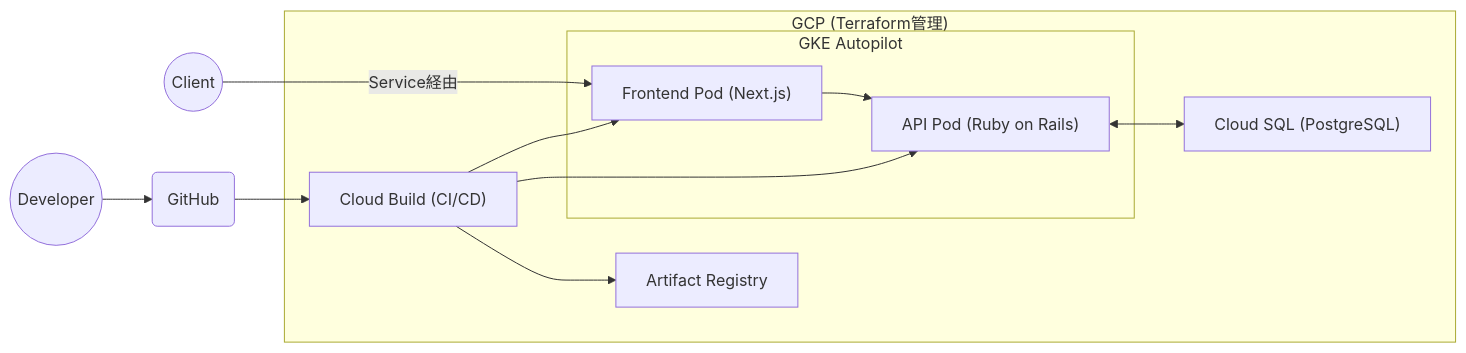
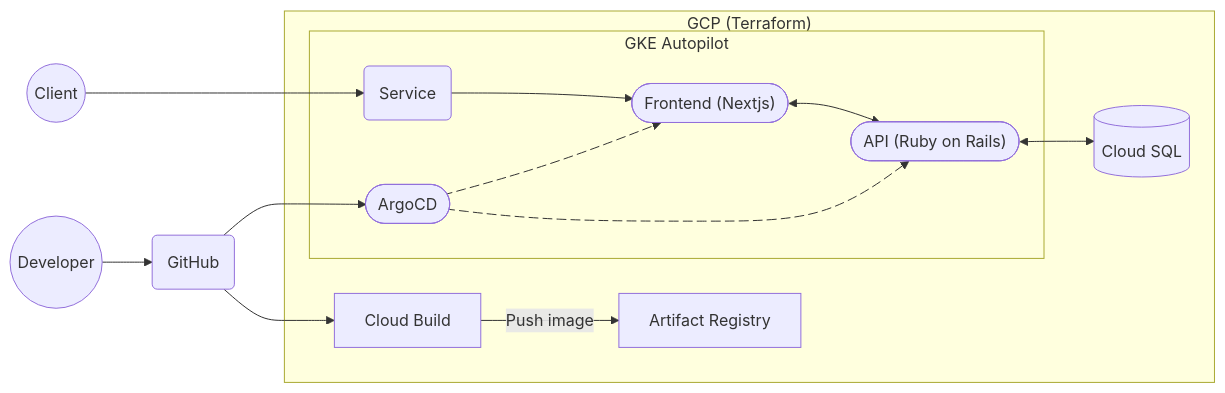
One commit to matao0214/k8s-memo-app changed the first of 2 diagrams in README.md. Above: the diagram before and after it, drawn with Mermaid. The commit also changed other lines of this file and 2 other files, not shown here.

````diff
--- a/README.md
+++ b/README.md
@@ -15,15 +13,20 @@
 ```mermaid
 graph LR;
-    A((Client)) ---> |Service経由|B["Frontend Pod (Next.js)"];
-    subgraph "GCP (Terraform管理)"
+    client((Client)) ---> service(Service)
+    subgraph "GCP (Terraform)"
       subgraph GKE Autopilot
-        B --> C["API Pod (Ruby on Rails)"]
+        service --> frontend(["Frontend (Nextjs)"])
+        frontend <--> api(["API (Ruby on Rails)"])
+        argocd([ArgoCD]) e1@--> api
+        argocd e2@--> frontend
+        e1@{ animation: fast }
+        e2@{ animation: fast }
       end
-      C <--> D["Cloud SQL (PostgreSQL)"]
-      E["Cloud Build (CI/CD)"] --> B
-      E --> C
-      E --> G[Artifact Registry]
+      api <--> db[("Cloud SQL")]
+      cloudbuild["Cloud Build"] --> |Push image|artifact[Artifact Registry]
     end
-    F(GitHub) --> E
-    H((Developer)) --> F
+    developer((Developer)) --> github(GitHub)
+    github --> argocd
+    github --> cloudbuild
+
 ```
````
